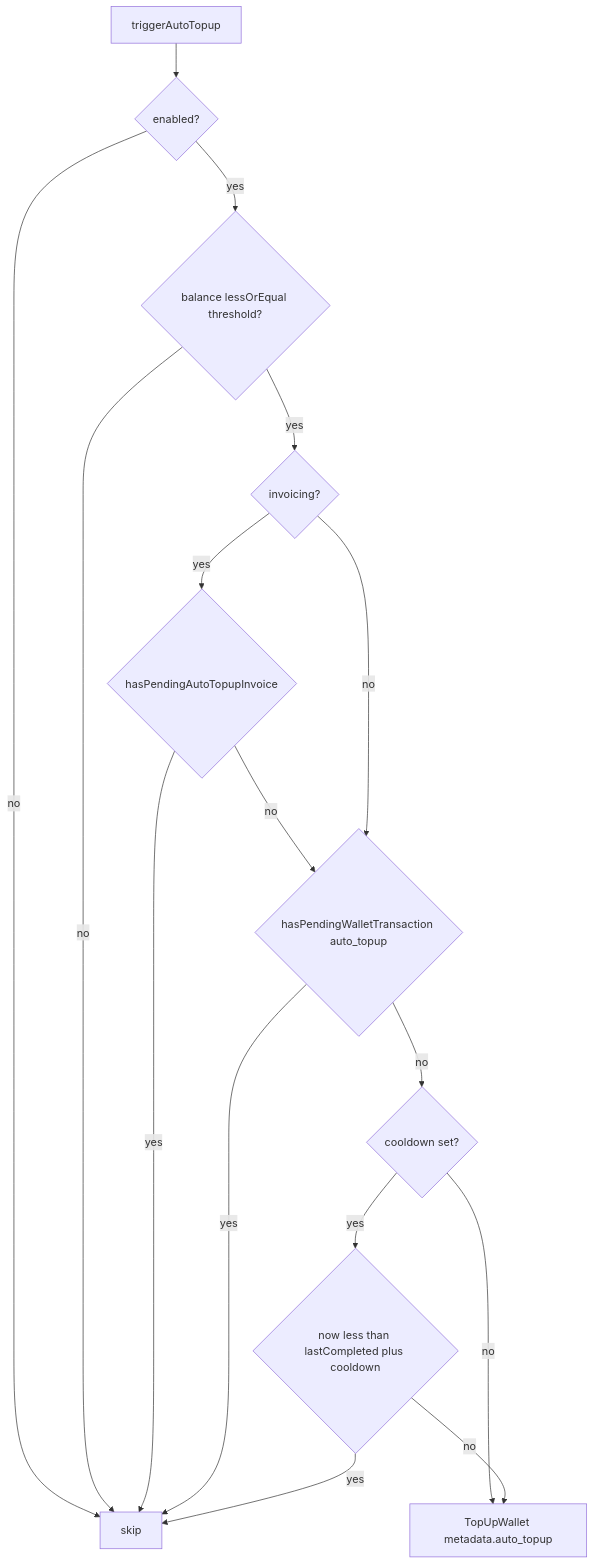
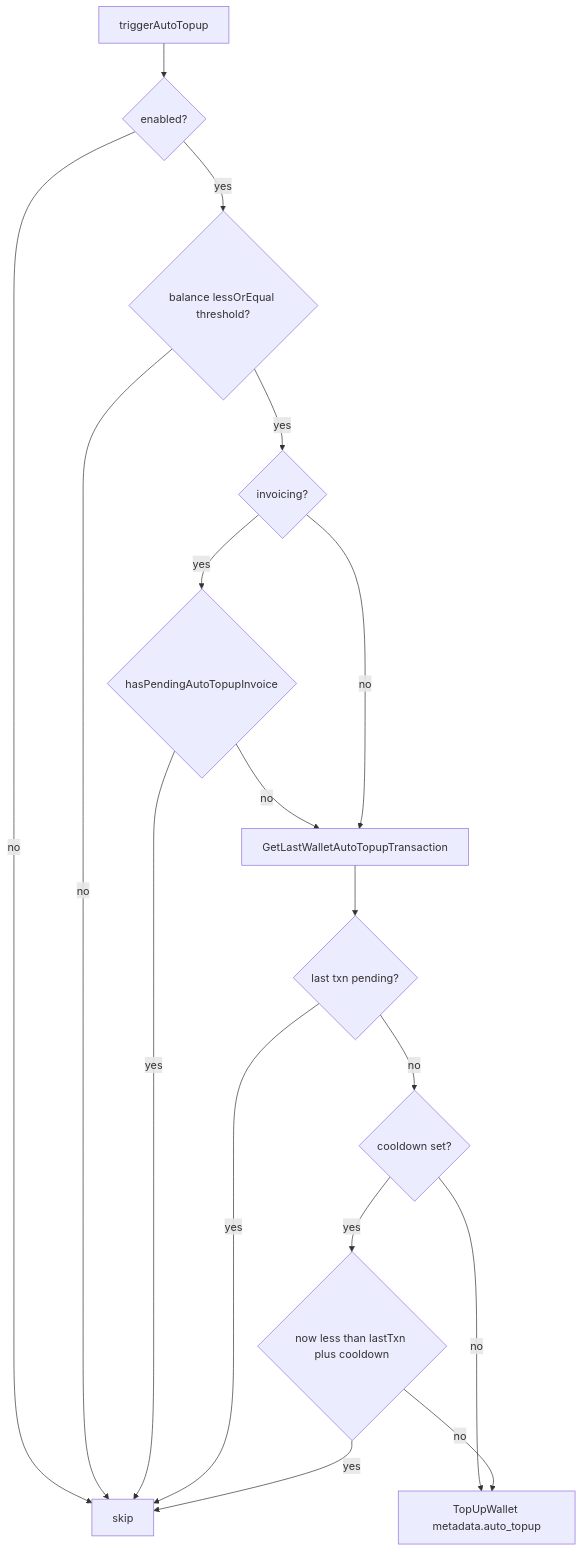
Before and after one commit to flexprice/flexprice: the third of 3 diagrams in docs/design/2026-07-22-wallet-auto-topup-cooloff.md, drawn with Mermaid. The commit also changed other lines of this file and 7 other files, not shown here.

````diff
--- a/docs/design/2026-07-22-wallet-auto-topup-cooloff.md
+++ b/docs/design/2026-07-22-wallet-auto-topup-cooloff.md
@@ -158,18 +159,19 @@
 ```mermaid
 flowchart TD
   start[triggerAutoTopup] --> en{enabled?}
   en -->|no| out[skip]
   en -->|yes| th{balance lessOrEqual threshold?}
   th -->|no| out
   th -->|yes| inv{invoicing?}
   inv -->|yes| invPend{hasPendingAutoTopupInvoice}
   invPend -->|yes| out
-  invPend -->|no| txnPend
-  inv -->|no| txnPend{hasPendingWalletTransaction auto_topup}
-  txnPend -->|yes| out
-  txnPend -->|no| cd{cooldown set?}
+  invPend -->|no| lastTxn
+  inv -->|no| lastTxn[GetLastWalletAutoTopupTransaction]
+  lastTxn --> pending{last txn pending?}
+  pending -->|yes| out
+  pending -->|no| cd{cooldown set?}
   cd -->|no| topup[TopUpWallet metadata.auto_topup]
-  cd -->|yes| within{now less than lastCompleted plus cooldown}
+  cd -->|yes| within{now less than lastTxn plus cooldown}
   within -->|yes| out
   within -->|no| topup
 ```
````
